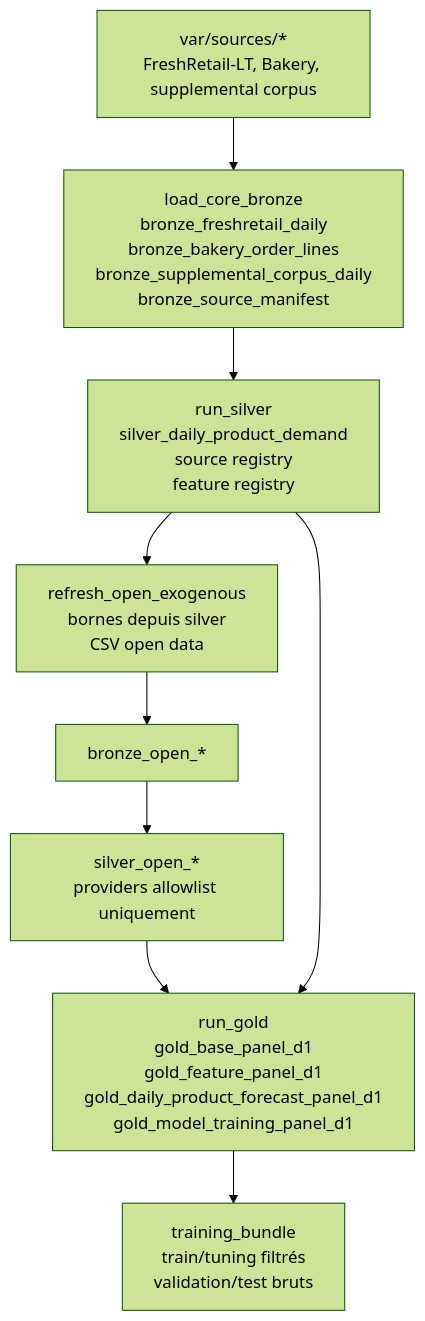
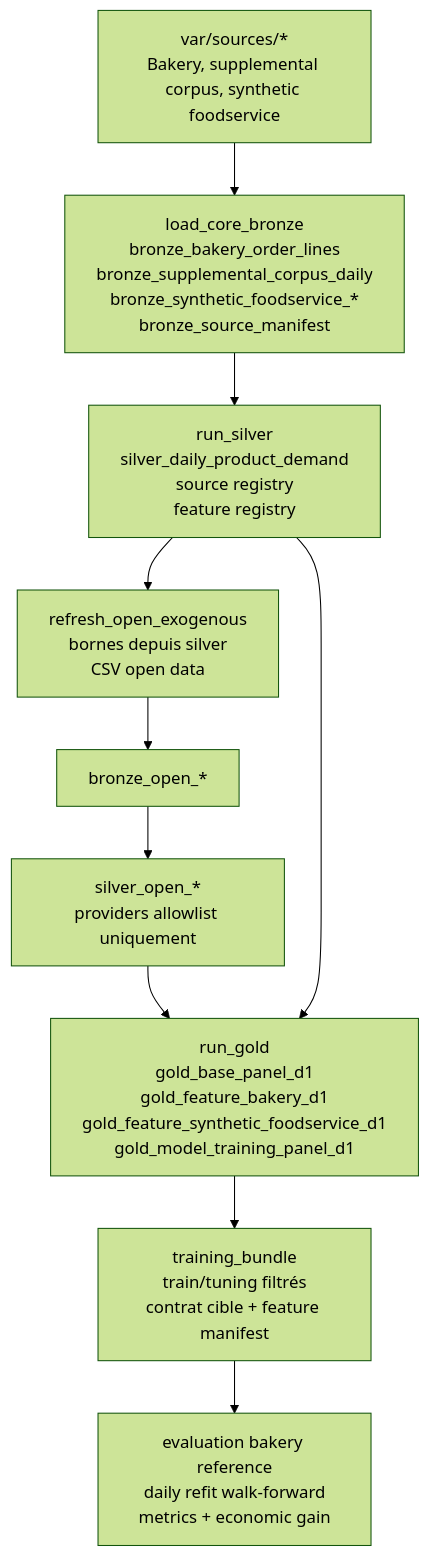
The diagram in docs/data_engineering/medaillon/architecture_actuelle.md (StevenPvr/demand-forcasting), drawn with Mermaid (forest theme) before and after one commit. The commit also changed other lines of this file and 180 other files, not shown here.

````diff
--- a/docs/data_engineering/medaillon/architecture_actuelle.md
+++ b/docs/data_engineering/medaillon/architecture_actuelle.md
@@ -7,12 +7,13 @@
 ```mermaid
 flowchart TB
-  Sources["var/sources/*<br/>FreshRetail-LT, Bakery, supplemental corpus"] --> BronzeCore
-  BronzeCore["load_core_bronze<br/>bronze_freshretail_daily<br/>bronze_bakery_order_lines<br/>bronze_supplemental_corpus_daily<br/>bronze_source_manifest"] --> SilverCore
+  Sources["var/sources/*<br/>Bakery, supplemental corpus, synthetic foodservice"] --> BronzeCore
+  BronzeCore["load_core_bronze<br/>bronze_bakery_order_lines<br/>bronze_supplemental_corpus_daily<br/>bronze_synthetic_foodservice_*<br/>bronze_source_manifest"] --> SilverCore
   SilverCore["run_silver<br/>silver_daily_product_demand<br/>source registry<br/>feature registry"] --> OpenFetch
   OpenFetch["refresh_open_exogenous<br/>bornes depuis silver<br/>CSV open data"] --> BronzeOpen
   BronzeOpen["bronze_open_*"] --> SilverExog
   SilverExog["silver_open_*<br/>providers allowlist uniquement"] --> Gold
   SilverCore --> Gold
-  Gold["run_gold<br/>gold_base_panel_d1<br/>gold_feature_panel_d1<br/>gold_daily_product_forecast_panel_d1<br/>gold_model_training_panel_d1"] --> Bundle
-  Bundle["training_bundle<br/>train/tuning filtrés<br/>validation/test bruts"]
+  Gold["run_gold<br/>gold_base_panel_d1<br/>gold_feature_bakery_d1<br/>gold_feature_synthetic_foodservice_d1<br/>gold_model_training_panel_d1"] --> Bundle
+  Bundle["training_bundle<br/>train/tuning filtrés<br/>contrat cible + feature manifest"] --> Evaluation
+  Evaluation["evaluation bakery reference<br/>daily refit walk-forward<br/>metrics + economic gain"]
 ```
````
